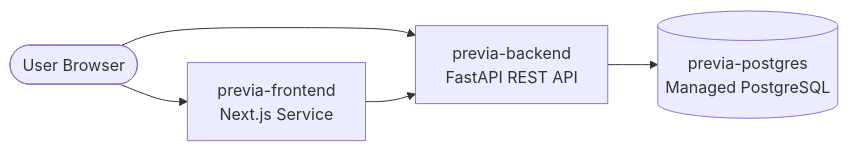
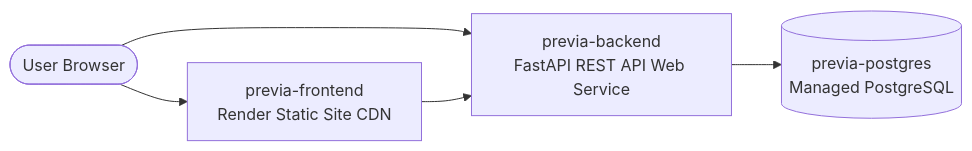
Before and after one commit to Shloke-101/Previa: the diagram in docs/DEPLOYMENT_RENDER.md, drawn with Mermaid. The commit also changed other lines of this file and 9 other files, not shown here.

````diff
--- a/docs/DEPLOYMENT_RENDER.md
+++ b/docs/DEPLOYMENT_RENDER.md
@@ -9,7 +9,7 @@
 ```mermaid
 flowchart LR
-    Client([User Browser]) --> Frontend[previa-frontend\nNext.js Service]
-    Client --> Backend[previa-backend\nFastAPI REST API]
+    Client([User Browser]) --> Frontend[previa-frontend\nRender Static Site CDN]
+    Client --> Backend[previa-backend\nFastAPI REST API Web Service]
     Frontend --> Backend
     Backend --> DB[(previa-postgres\nManaged PostgreSQL)]
 ```
````
